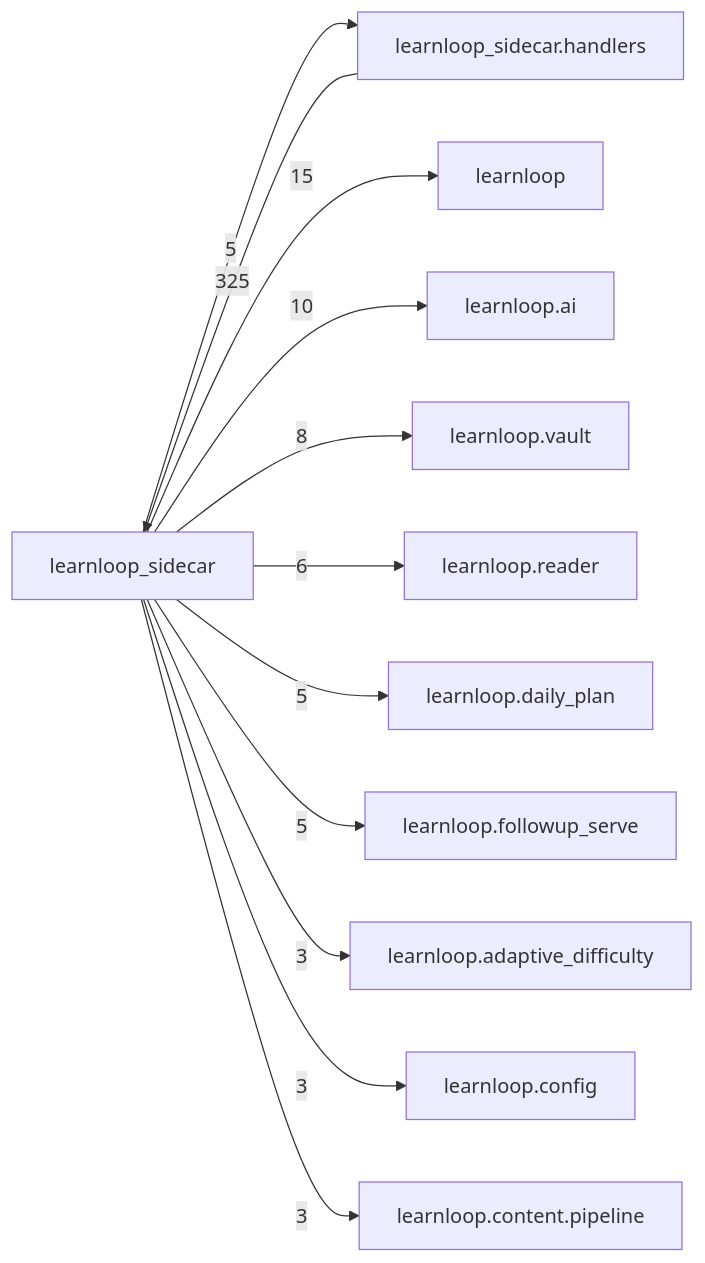
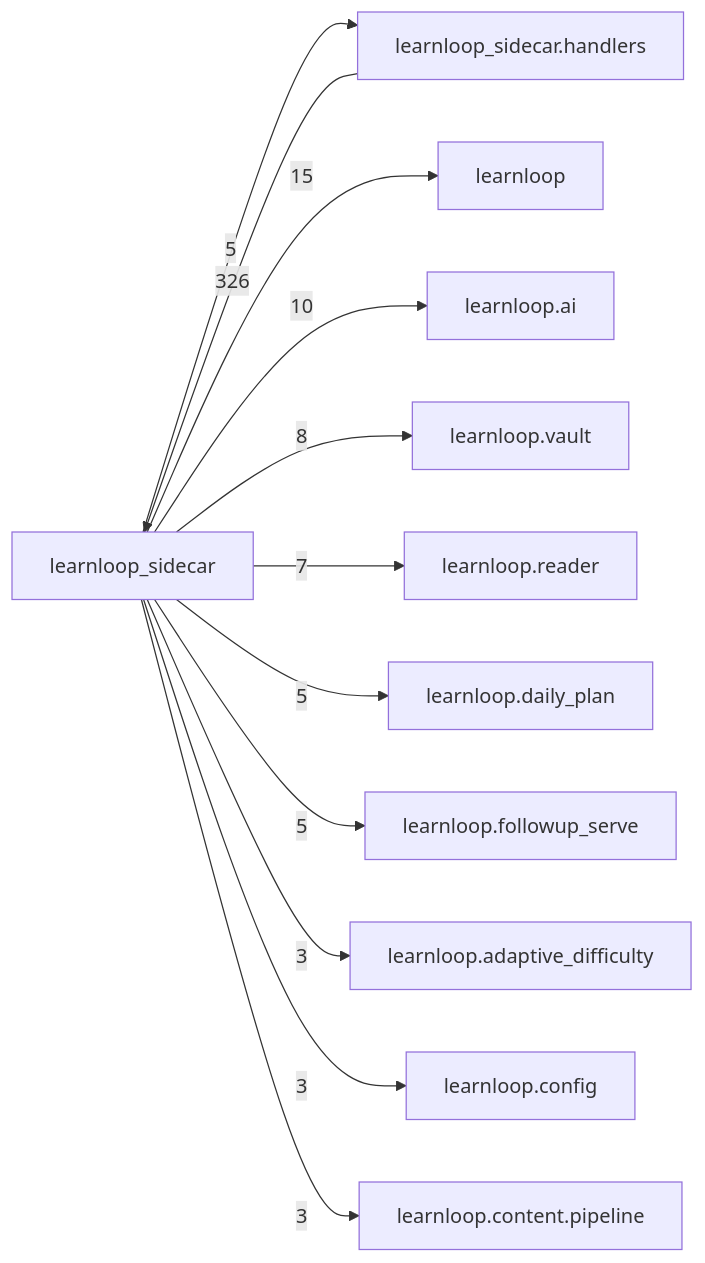
Before and after one commit to 6up-b/learnanything: the diagram in docs/learnloop-architecture-vault/Reference/Modules/learnloop_sidecar/_package.md, drawn with Mermaid. The commit also changed other lines of this file and 122 other files, not shown here.

````diff
--- a/docs/learnloop-architecture-vault/Reference/Modules/learnloop_sidecar/_package.md
+++ b/docs/learnloop-architecture-vault/Reference/Modules/learnloop_sidecar/_package.md
@@ -130,25 +130,25 @@
 ```mermaid
 flowchart LR
     center["learnloop_sidecar"]
     n_learnloop_sidecar_handlers["learnloop_sidecar.handlers"]
     n_learnloop["learnloop"]
     n_learnloop_ai["learnloop.ai"]
     n_learnloop_vault["learnloop.vault"]
     n_learnloop_reader["learnloop.reader"]
     n_learnloop_daily_plan["learnloop.daily_plan"]
     n_learnloop_followup_serve["learnloop.followup_serve"]
     n_learnloop_adaptive_difficulty["learnloop.adaptive_difficulty"]
     n_learnloop_config["learnloop.config"]
     n_learnloop_content_pipeline["learnloop.content.pipeline"]
-    n_learnloop_sidecar_handlers -->|325| center
+    n_learnloop_sidecar_handlers -->|326| center
     center -->|5| n_learnloop_sidecar_handlers
     center -->|15| n_learnloop
     center -->|10| n_learnloop_ai
     center -->|8| n_learnloop_vault
-    center -->|6| n_learnloop_reader
+    center -->|7| n_learnloop_reader
     center -->|5| n_learnloop_daily_plan
     center -->|5| n_learnloop_followup_serve
     center -->|3| n_learnloop_adaptive_difficulty
     center -->|3| n_learnloop_config
     center -->|3| n_learnloop_content_pipeline
 ```
````
